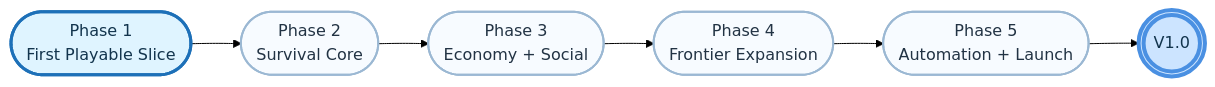
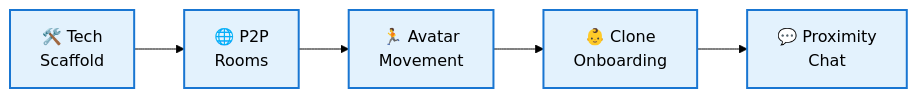
Before and after one commit to Bella-Addormentata/StarStationFurlong: the second of 6 diagrams in ROADMAP.md, drawn with Mermaid (forest theme). The commit also changed other lines of this file, not shown here.

Commit message:
style(roadmap): modernize visual design and improve readability

````diff
--- a/ROADMAP.md
+++ b/ROADMAP.md
@@ -45,12 +66,13 @@
 ```mermaid
-flowchart LR
-    classDef current fill:#dff4ff,stroke:#1d70b8,stroke-width:3px,color:#12344d,rx:12px,ry:12px
-    classDef future fill:#f7fbff,stroke:#9bb8d3,stroke-width:2px,color:#234,rx:12px,ry:12px
-    classDef milestone fill:#cce4ff,stroke:#4a90e2,stroke-width:4px,color:#12344d,rx:18px,ry:18px
-
-    A([Phase 1<br/>First Playable Slice]):::current --> B([Phase 2<br/>Survival Core]):::future
-    B --> C([Phase 3<br/>Economy + Social]):::future
-    C --> D([Phase 4<br/>Frontier Expansion]):::future
-    D --> E([Phase 5<br/>Automation + Launch]):::future
-    E --> F(((V1.0))):::milestone
+graph LR
+    A[🛠️ Tech<br/>Scaffold] --> B[🌐 P2P<br/>Rooms]
+    B --> C[🏃 Avatar<br/>Movement]
+    C --> D[👶 Clone<br/>Onboarding]
+    D --> E[💬 Proximity<br/>Chat]
+    
+    style A fill:#e3f2fd,stroke:#1976d2,stroke-width:2px
+    style B fill:#e3f2fd,stroke:#1976d2,stroke-width:2px
+    style C fill:#e3f2fd,stroke:#1976d2,stroke-width:2px
+    style D fill:#e3f2fd,stroke:#1976d2,stroke-width:2px
+    style E fill:#e3f2fd,stroke:#1976d2,stroke-width:2px
 ```
````
